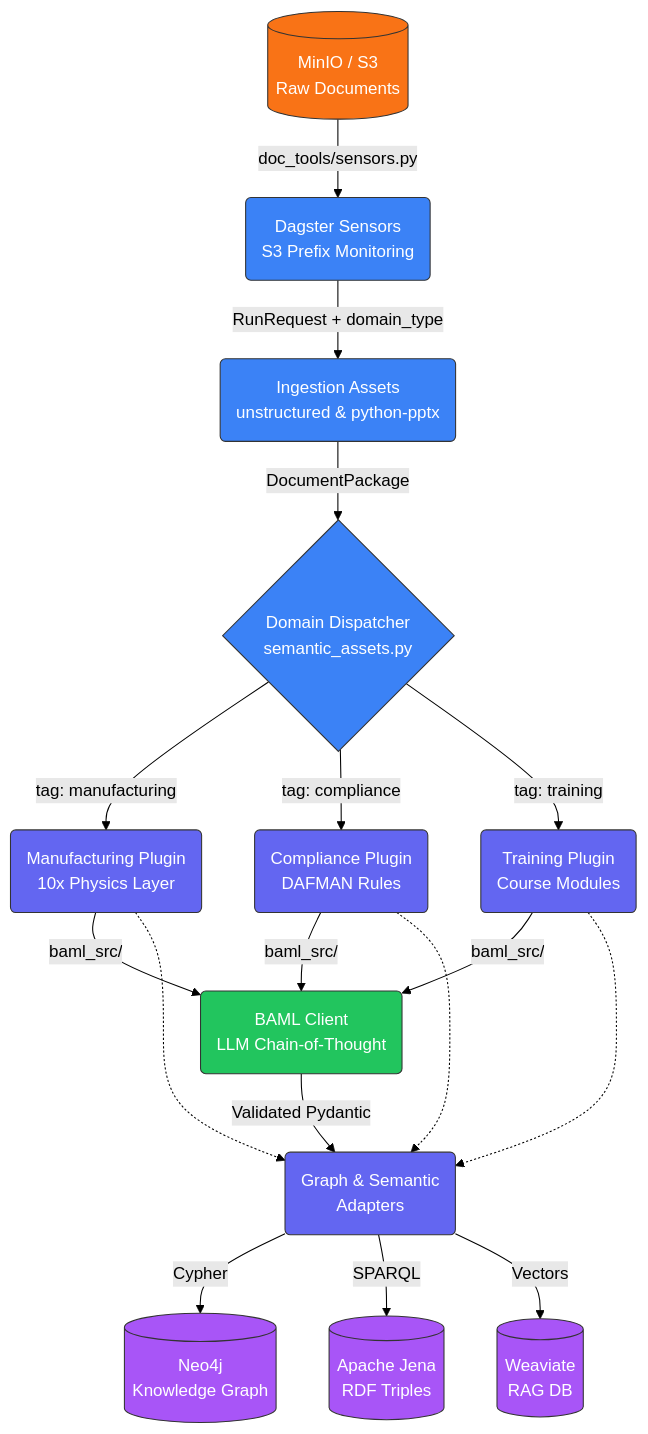
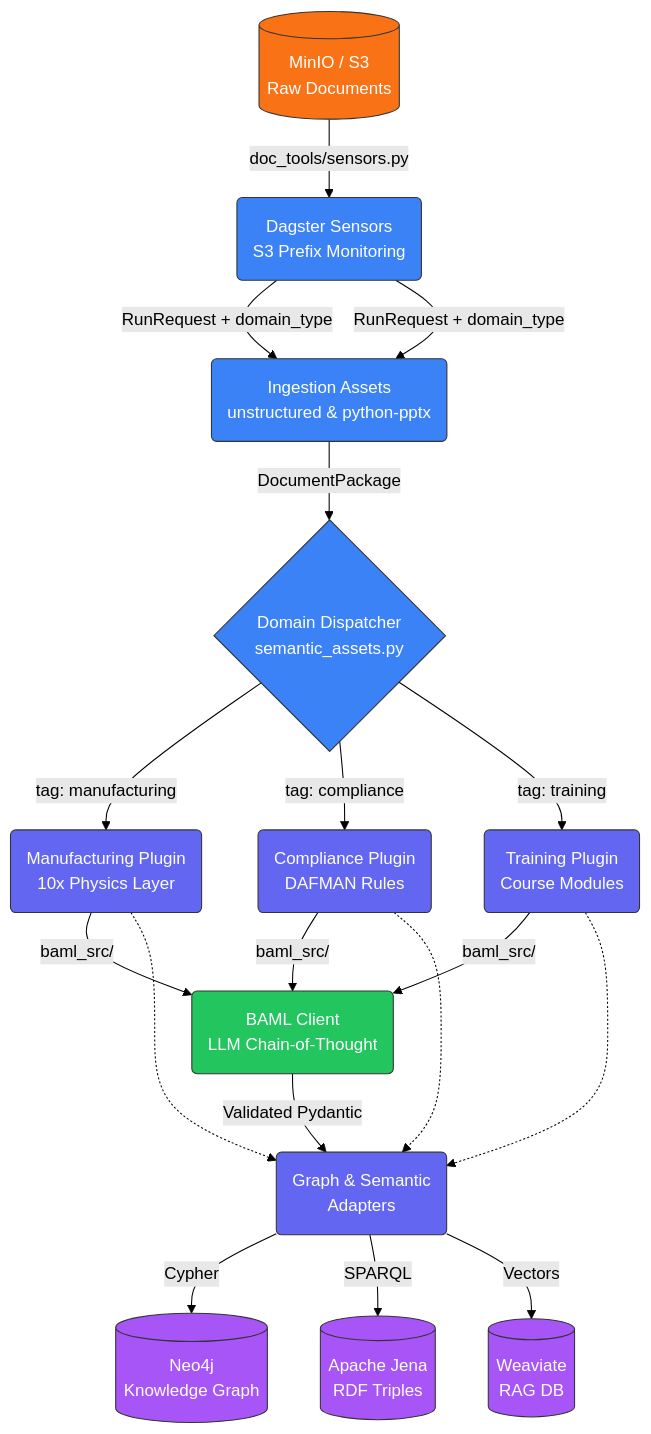
The first of 2 diagrams in README.md (edgy-solutions/doc-tools), drawn with Mermaid (forest theme) before and after one commit. The commit also changed other lines of this file, not shown here.

````diff
--- a/README.md
+++ b/README.md
@@ -7,31 +7,32 @@
 ```mermaid
 graph TD
     %% Define Styles
     classDef storage fill:#f97316,stroke:#333,stroke-width:1px,color:#fff
     classDef dagster fill:#3b82f6,stroke:#333,stroke-width:1px,color:#fff
     classDef llm fill:#22c55e,stroke:#333,stroke-width:1px,color:#fff
     classDef plugin fill:#6366f1,stroke:#333,stroke-width:1px,color:#fff
     classDef db fill:#a855f7,stroke:#333,stroke-width:1px,color:#fff
 
     A[(MinIO / S3 <br> Raw Documents)]:::storage -->|doc_tools/sensors.py| B(Dagster Sensors <br> S3 Prefix Monitoring):::dagster
+    B -->|RunRequest + domain_type| C(Ingestion Assets <br> unstructured & python-pptx):::dagster
     B -->|RunRequest + domain_type| C(Ingestion Assets <br> unstructured & python-pptx):::dagster
     C -->|DocumentPackage| D{Domain Dispatcher <br> semantic_assets.py}:::dagster
     
     D -->|tag: manufacturing| E1(Manufacturing Plugin <br> 10x Physics Layer):::plugin
     D -->|tag: compliance| E2(Compliance Plugin <br> DAFMAN Rules):::plugin
     D -->|tag: training| E3(Training Plugin <br> Course Modules):::plugin
     
     E1 -->|baml_src/| F(BAML Client <br> LLM Chain-of-Thought):::llm
     E2 -->|baml_src/| F
     E3 -->|baml_src/| F
     
     F -->|Validated Pydantic| G(Graph & Semantic <br> Adapters):::plugin
     
     E1 -.-> G
     E2 -.-> G
     E3 -.-> G
 
     G -->|Cypher| H1[(Neo4j <br> Knowledge Graph)]:::db
     G -->|SPARQL| H2[(Apache Jena <br> RDF Triples)]:::db
     G -->|Vectors| H3[(Weaviate <br> RAG DB)]:::db
 ```
````
